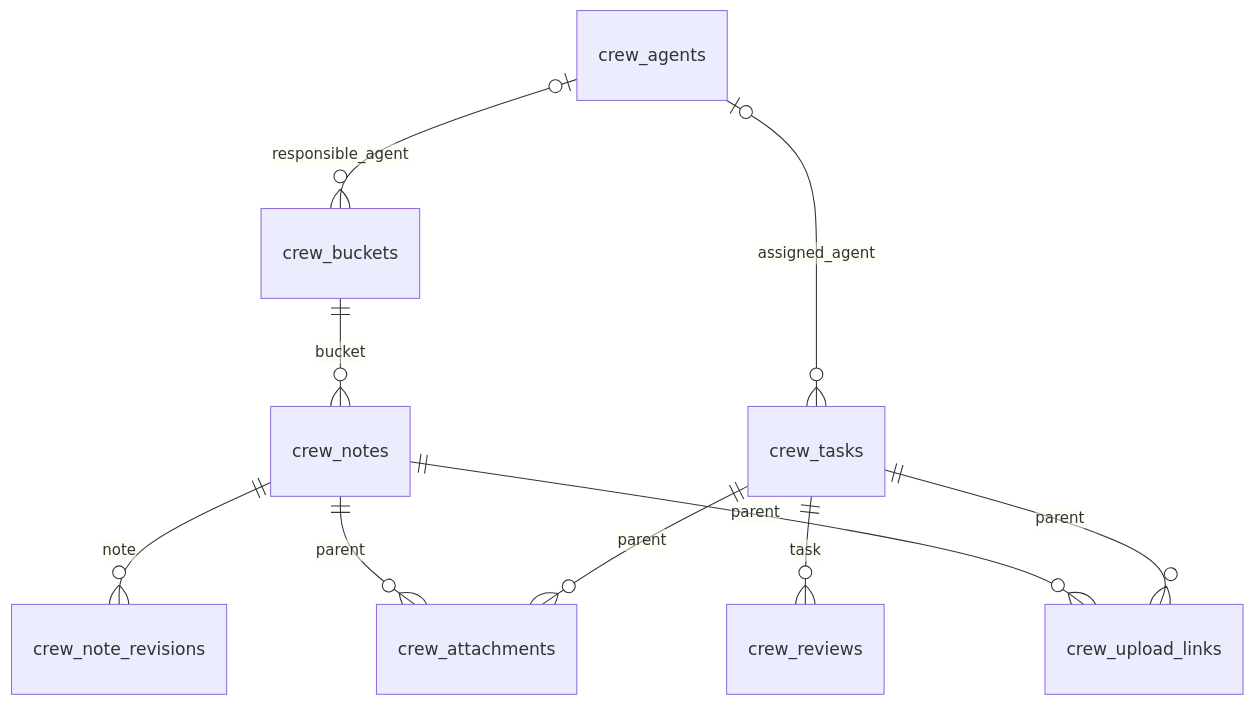
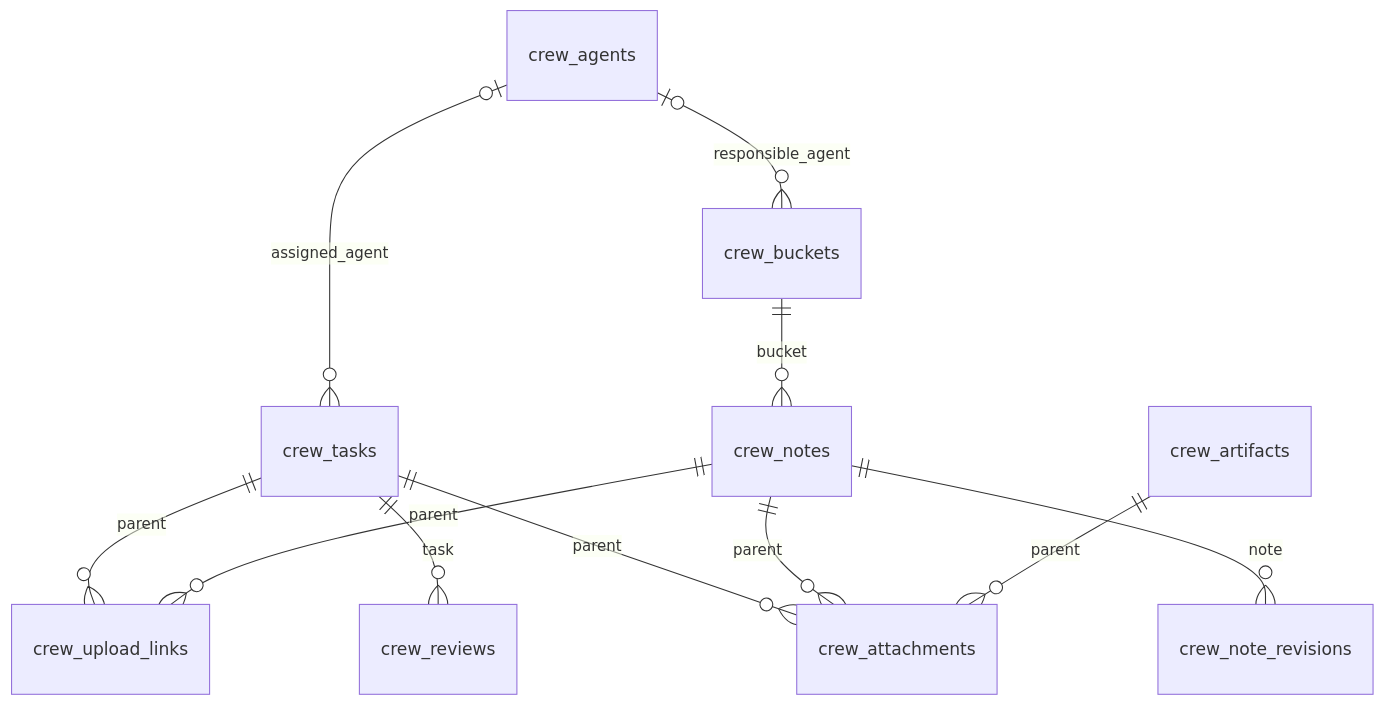
One commit to pocketcontext-labs/pocketcontext-crew changed the diagram in docs/data-model.md. Above: the diagram before and after it, drawn with Mermaid. The commit also changed other lines of this file and 33 other files, not shown here.

````diff
--- a/docs/data-model.md
+++ b/docs/data-model.md
@@ -7,12 +7,13 @@
 ```mermaid
 erDiagram
   crew_agents o|--o{ crew_buckets : responsible_agent
   crew_buckets ||--o{ crew_notes : bucket
   crew_notes ||--o{ crew_note_revisions : note
   crew_agents o|--o{ crew_tasks : assigned_agent
   crew_tasks ||--o{ crew_reviews : task
   crew_tasks ||--o{ crew_attachments : parent
   crew_notes ||--o{ crew_attachments : parent
   crew_tasks ||--o{ crew_upload_links : parent
   crew_notes ||--o{ crew_upload_links : parent
+  crew_artifacts ||--o{ crew_attachments : parent
 ```
````
